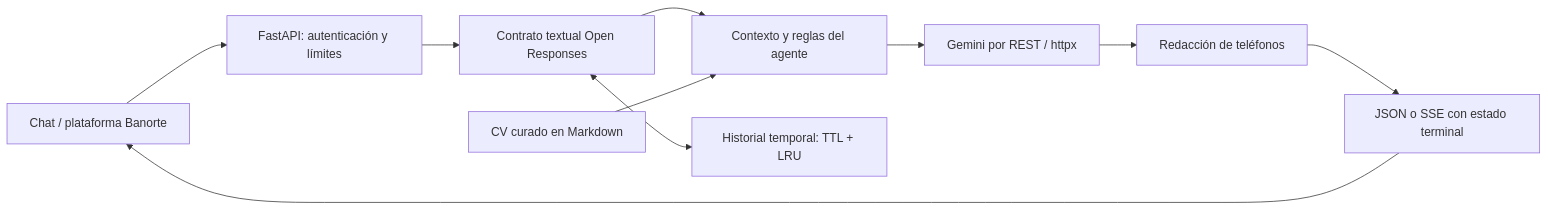
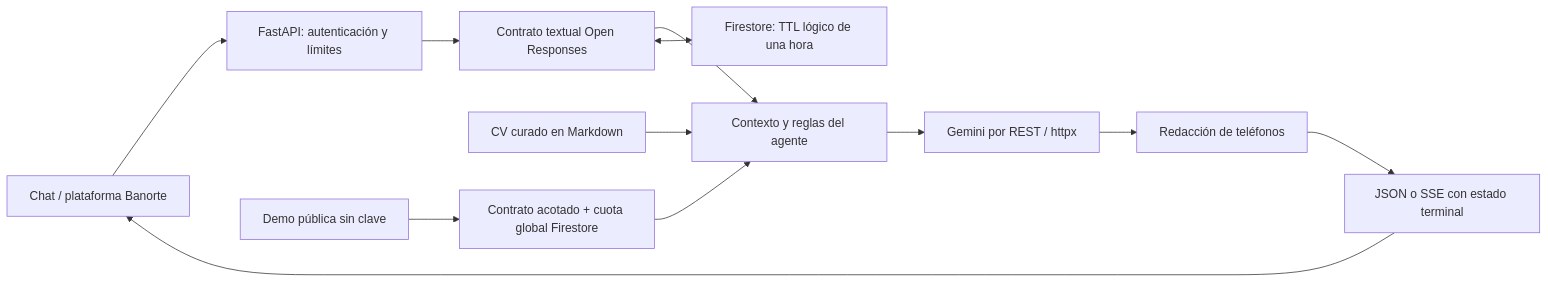
Before and after one commit to Aloner23/cv-agent-banorte: the diagram in README.md, drawn with Mermaid. The commit also changed other lines of this file and 18 other files, not shown here.

````diff
--- a/README.md
+++ b/README.md
@@ -33,12 +35,14 @@
 ```mermaid
 flowchart LR
     C[Chat / plataforma Banorte] --> A[FastAPI: autenticación y límites]
     A --> P[Contrato textual Open Responses]
     P --> X[Contexto y reglas del agente]
     K[CV curado en Markdown] --> X
     X --> G[Gemini por REST / httpx]
     G --> O[Redacción de teléfonos]
     O --> R[JSON o SSE con estado terminal]
     R --> C
-    P <--> M[Historial temporal: TTL + LRU]
+    P <--> M[Firestore: TTL lógico de una hora]
+    D[Demo pública sin clave] --> Q[Contrato acotado + cuota global Firestore]
+    Q --> X
 ```
````
